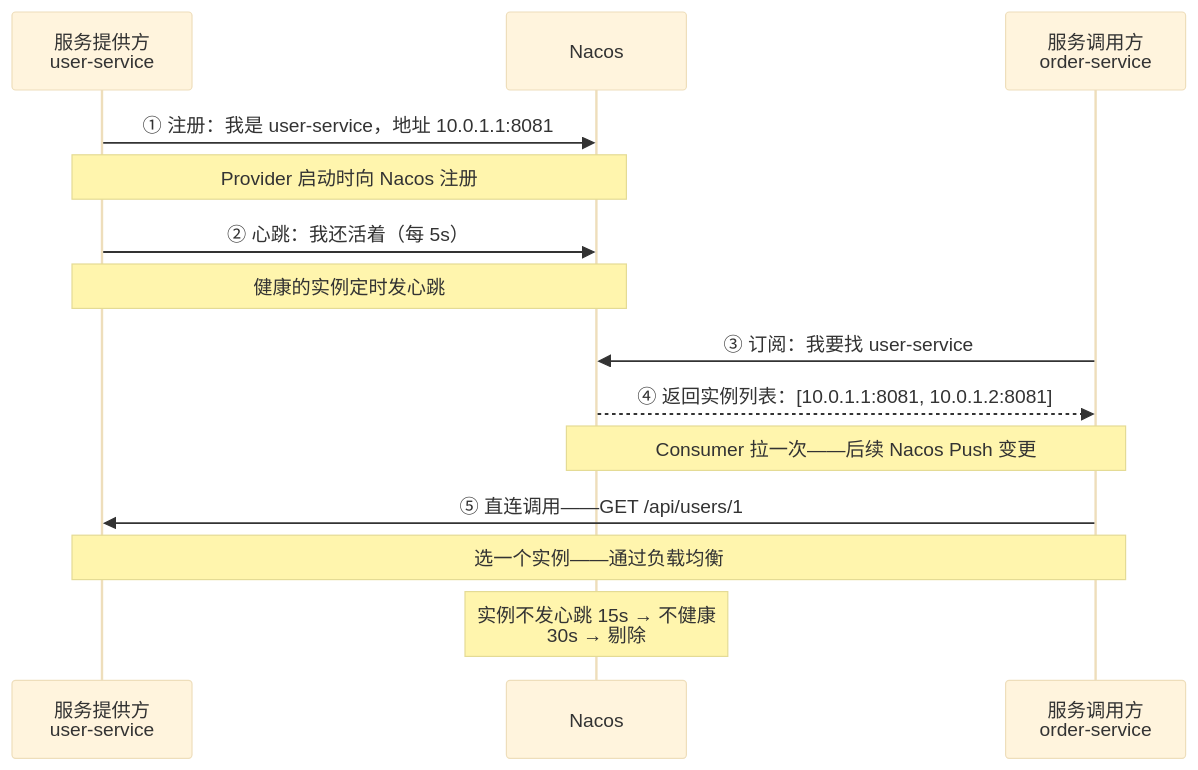
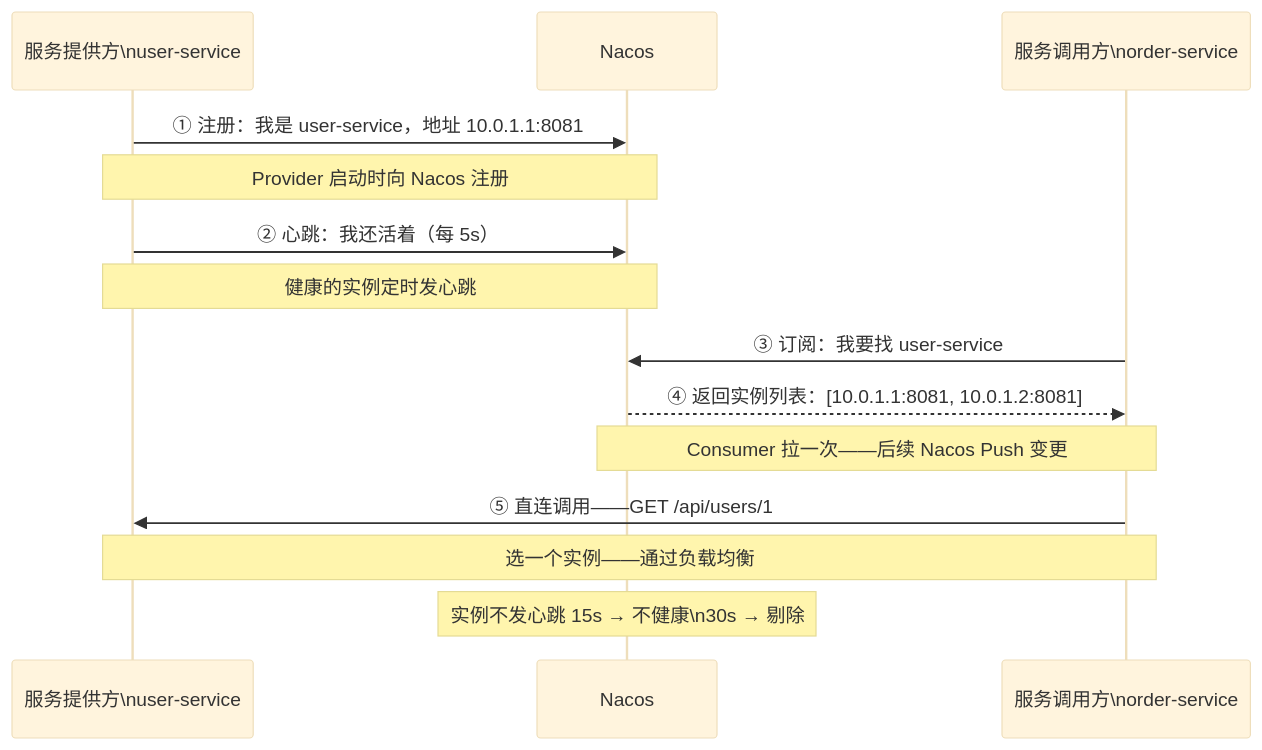
Before and after one commit to yaocat55/yaocat55.github.io: the diagram in content/posts/nacos/NacosServiceDiscovery.md, drawn with Mermaid (base theme). The commit also changed 155 other files, not shown here.

````diff
--- a/content/posts/nacos/NacosServiceDiscovery.md
+++ b/content/posts/nacos/NacosServiceDiscovery.md
@@ -41,21 +41,21 @@
 ```mermaid
 sequenceDiagram
-    participant Provider as 服务提供方<br/>user-service
+    participant Provider as 服务提供方\nuser-service
     participant Nacos
-    participant Consumer as 服务调用方<br/>order-service
+    participant Consumer as 服务调用方\norder-service
 
     Provider->>Nacos: ① 注册：我是 user-service，地址 10.0.1.1:8081
     Note over Provider,Nacos: Provider 启动时向 Nacos 注册
 
     Provider->>Nacos: ② 心跳：我还活着（每 5s）
     Note over Provider,Nacos: 健康的实例定时发心跳
 
     Consumer->>Nacos: ③ 订阅：我要找 user-service
     Nacos-->>Consumer: ④ 返回实例列表：[10.0.1.1:8081, 10.0.1.2:8081]
     Note over Nacos,Consumer: Consumer 拉一次——后续 Nacos Push 变更
 
     Consumer->>Provider: ⑤ 直连调用——GET /api/users/1
     Note over Consumer,Provider: 选一个实例——通过负载均衡
 
-    Note over Nacos: 实例不发心跳 15s → 不健康<br/>30s → 剔除
+    Note over Nacos: 实例不发心跳 15s → 不健康\n30s → 剔除
 ```
````
